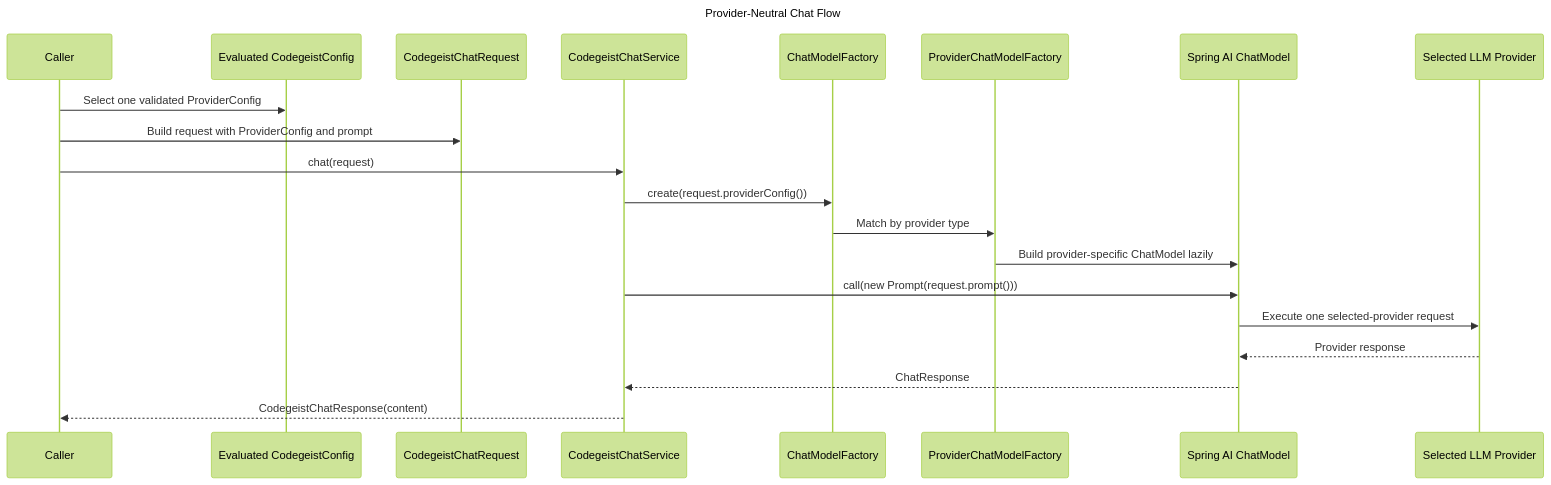
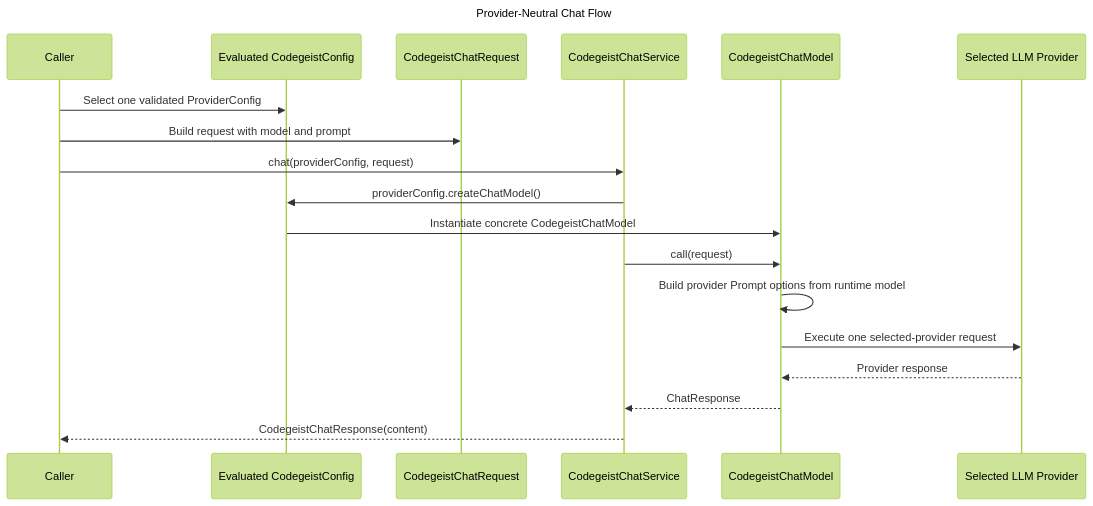
One commit to codegeist-ai/codegeist changed the first of 3 diagrams in docs/developer/specification/llm-provider-implementation.md. Above: the diagram before and after it, drawn with Mermaid (forest theme). The commit also changed other lines of this file and 54 other files, not shown here.

````diff
--- a/docs/developer/specification/llm-provider-implementation.md
+++ b/docs/developer/specification/llm-provider-implementation.md
@@ -21,25 +21,23 @@
 ```mermaid
 sequenceDiagram
     title Provider-Neutral Chat Flow
 
     participant Caller as Caller
     participant Config as Evaluated CodegeistConfig
     participant Request as CodegeistChatRequest
     participant Service as CodegeistChatService
-    participant Factory as ChatModelFactory
-    participant Strategy as ProviderChatModelFactory
-    participant Model as Spring AI ChatModel
+    participant Model as CodegeistChatModel
     participant Provider as Selected LLM Provider
 
     Caller->>Config: Select one validated ProviderConfig
-    Caller->>Request: Build request with ProviderConfig and prompt
-    Caller->>Service: chat(request)
-    Service->>Factory: create(request.providerConfig())
-    Factory->>Strategy: Match by provider type
-    Strategy->>Model: Build provider-specific ChatModel lazily
-    Service->>Model: call(new Prompt(request.prompt()))
+    Caller->>Request: Build request with model and prompt
+    Caller->>Service: chat(providerConfig, request)
+    Service->>Config: providerConfig.createChatModel()
+    Config->>Model: Instantiate concrete CodegeistChatModel
+    Service->>Model: call(request)
+    Model->>Model: Build provider Prompt options from runtime model
     Model->>Provider: Execute one selected-provider request
     Provider-->>Model: Provider response
     Model-->>Service: ChatResponse
     Service-->>Caller: CodegeistChatResponse(content)
 ```
````
